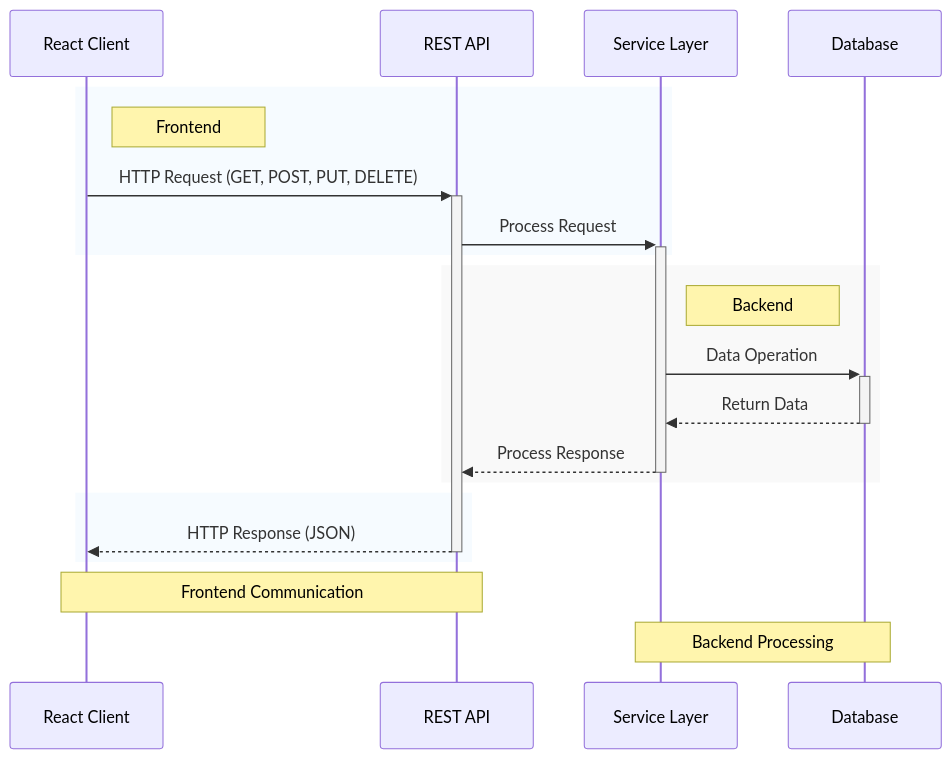
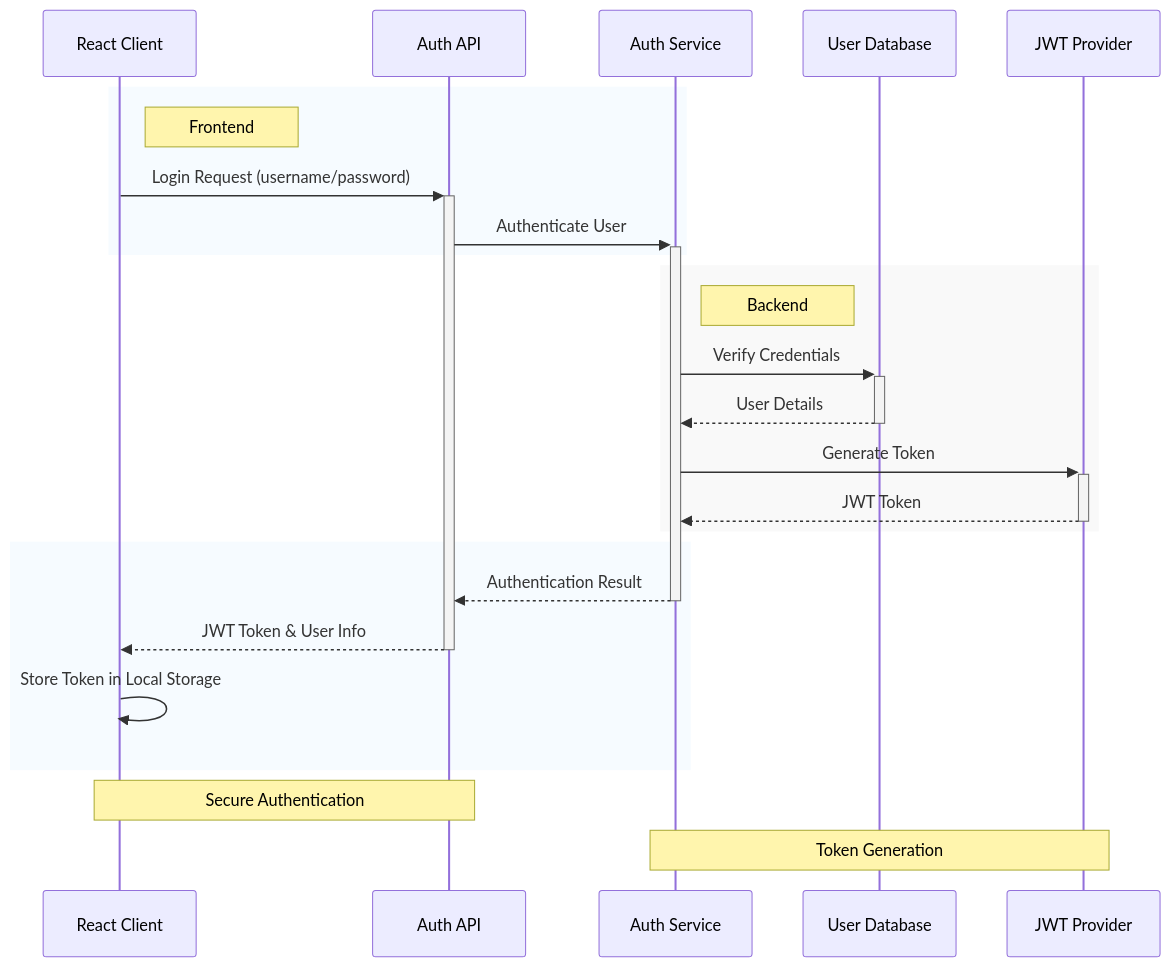
The second of 4 diagrams in TuPhung_Docs/docs/architecture.md (TuPhung369/Haaga_Backend_Programming), drawn with Mermaid before and after one commit. The commit also changed other lines of this file and 1 other file, not shown here.

````diff
--- a/TuPhung_Docs/docs/architecture.md
+++ b/TuPhung_Docs/docs/architecture.md
@@ -47,30 +267,34 @@
 ```mermaid
 sequenceDiagram
     %% Styling
     participant Client as React Client
-    participant API as REST API
-    participant Service as Service Layer
-    participant DB as Database
+    participant API as Auth API
+    participant Service as Auth Service
+    participant DB as User Database
+    participant JWT as JWT Provider
 
     %% Color definitions
     rect rgb(240, 248, 255, 0.6)
         note right of Client: Frontend
-        Client->>+API: HTTP Request (GET, POST, PUT, DELETE)
-        API->>+Service: Process Request
+        Client->>+API: Login Request (username/password)
+        API->>+Service: Authenticate User
     end
 
     rect rgb(245, 245, 245, 0.6)
         note right of Service: Backend
-        Service->>+DB: Data Operation
-        DB-->>-Service: Return Data
-        Service-->>-API: Process Response
+        Service->>+DB: Verify Credentials
+        DB-->>-Service: User Details
+        Service->>+JWT: Generate Token
+        JWT-->>-Service: JWT Token
     end
 
     rect rgb(240, 248, 255, 0.6)
-        API-->>-Client: HTTP Response (JSON)
+        Service-->>-API: Authentication Result
+        API-->>-Client: JWT Token & User Info
+        Client->>Client: Store Token in Local Storage
     end
 
     %% Notes
-    note over Client,API: Frontend Communication
-    note over Service,DB: Backend Processing
+    note over Client,API: Secure Authentication
+    note over Service,JWT: Token Generation
 ```
````
